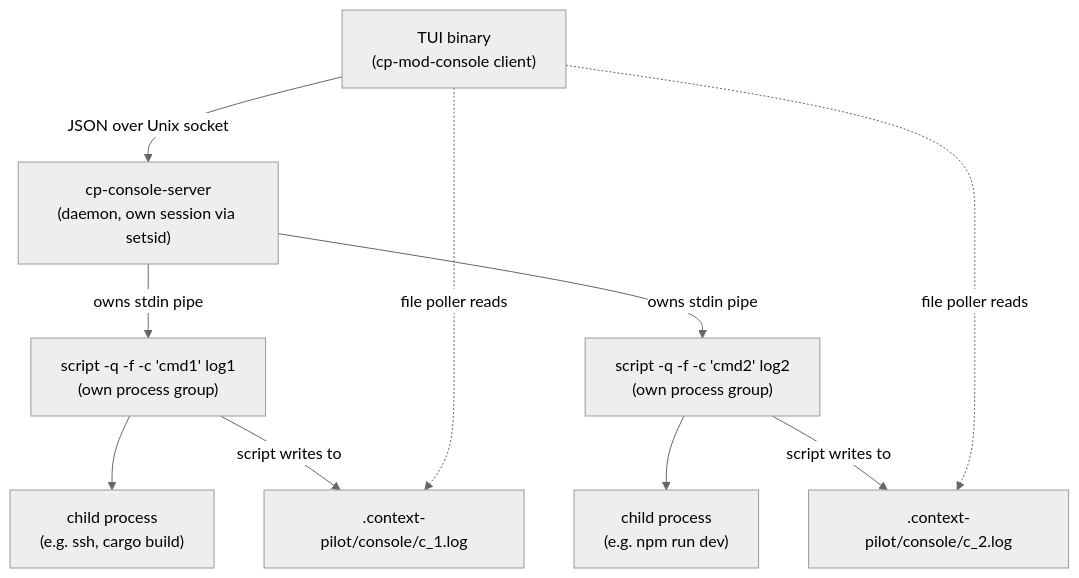
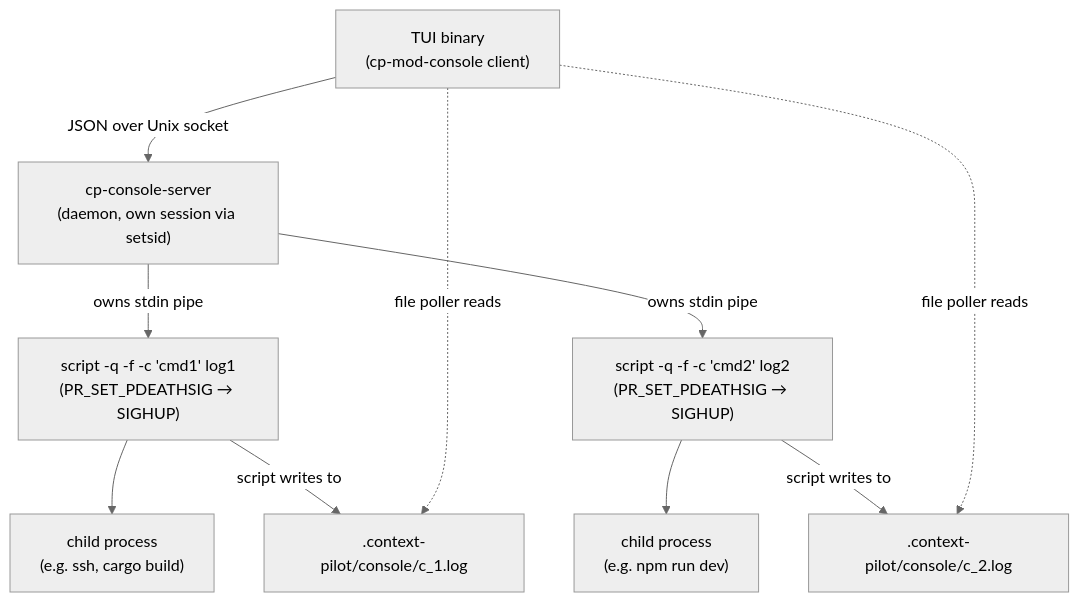
The first of 3 diagrams in docs/console-server.md (bigmoostache/tui), drawn with Mermaid (neutral theme) before and after one commit. The commit also changed other lines of this file and 2 other files, not shown here.

First line of the commit message:
fix: use prctl(PR_SET_PDEATHSIG) for server→child cleanup

````diff
--- a/docs/console-server.md
+++ b/docs/console-server.md
@@ -11,21 +11,21 @@
 ```mermaid
 graph TD
     TUI["TUI binary<br/>(cp-mod-console client)"]
     SRV["cp-console-server<br/>(daemon, own session via setsid)"]
-    S1["script -q -f -c 'cmd1' log1<br/>(own process group)"]
-    S2["script -q -f -c 'cmd2' log2<br/>(own process group)"]
+    S1["script -q -f -c 'cmd1' log1<br/>(PR_SET_PDEATHSIG → SIGHUP)"]
+    S2["script -q -f -c 'cmd2' log2<br/>(PR_SET_PDEATHSIG → SIGHUP)"]
     C1["child process<br/>(e.g. ssh, cargo build)"]
     C2["child process<br/>(e.g. npm run dev)"]
     LOG1[".context-pilot/console/c_1.log"]
     LOG2[".context-pilot/console/c_2.log"]
 
     TUI -- "JSON over Unix socket" --> SRV
     SRV -- "owns stdin pipe" --> S1
     SRV -- "owns stdin pipe" --> S2
     S1 --> C1
     S2 --> C2
     S1 -- "script writes to" --> LOG1
     S2 -- "script writes to" --> LOG2
     TUI -. "file poller reads" .-> LOG1
     TUI -. "file poller reads" .-> LOG2
 ```
````
